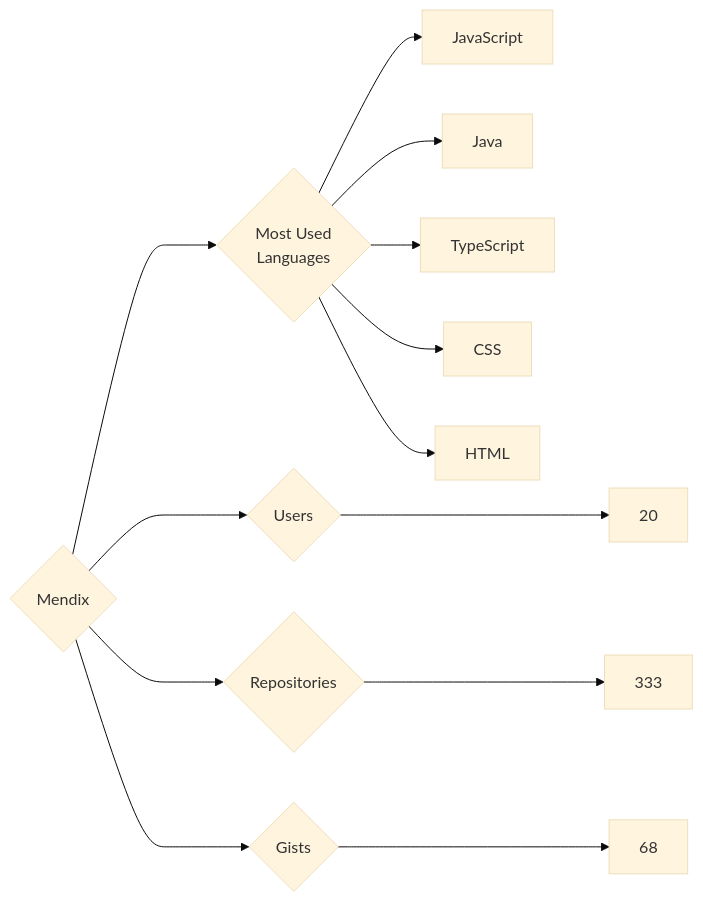
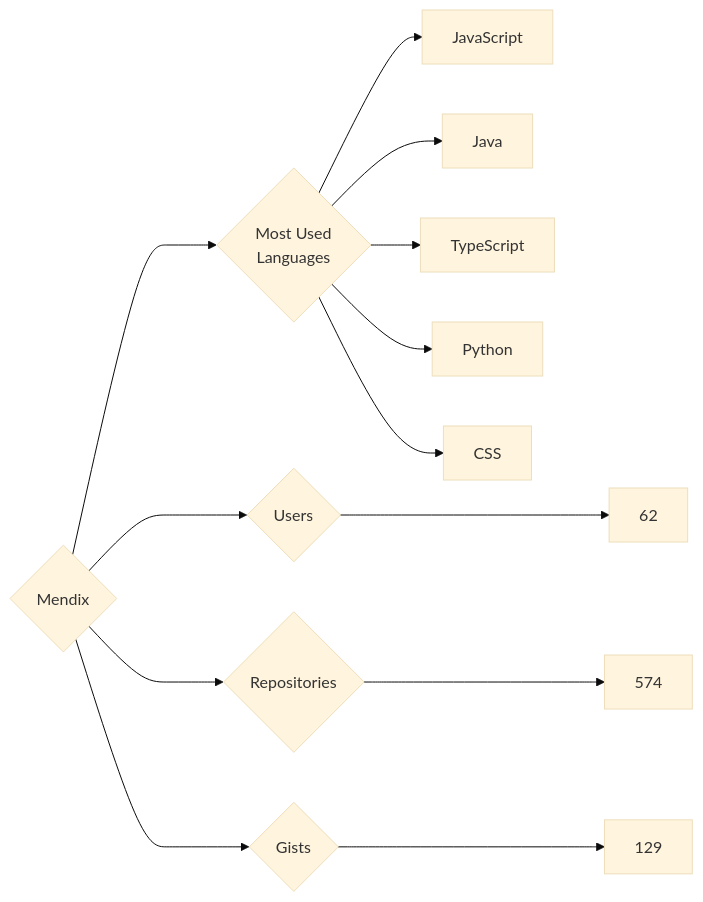
One commit to trickest/insiders changed the diagram in targets/Mendix/README.md. Above: the diagram before and after it, drawn with Mermaid (base theme). The commit also changed 877 other files, not shown here.

````diff
--- a/targets/Mendix/README.md
+++ b/targets/Mendix/README.md
@@ -3,13 +3,13 @@
 ```mermaid
 graph LR
 COMPANY_NAME{Mendix}
-COMPANY_NAME ---> U{Users} ---> UN[20]
-COMPANY_NAME ---> R{Repositories} ---> RN[333]
-COMPANY_NAME ---> G{Gists} ---> GN[68]
+COMPANY_NAME ---> U{Users} ---> UN[62]
+COMPANY_NAME ---> R{Repositories} ---> RN[574]
+COMPANY_NAME ---> G{Gists} ---> GN[129]
 COMPANY_NAME ---> ML{Most Used<br>Languages}
 ML --> JavaScript[JavaScript]
 ML --> Java[Java]
 ML --> TypeScript[TypeScript]
+ML --> Python[Python]
 ML --> CSS[CSS]
-ML --> HTML[HTML]
 ```
````
